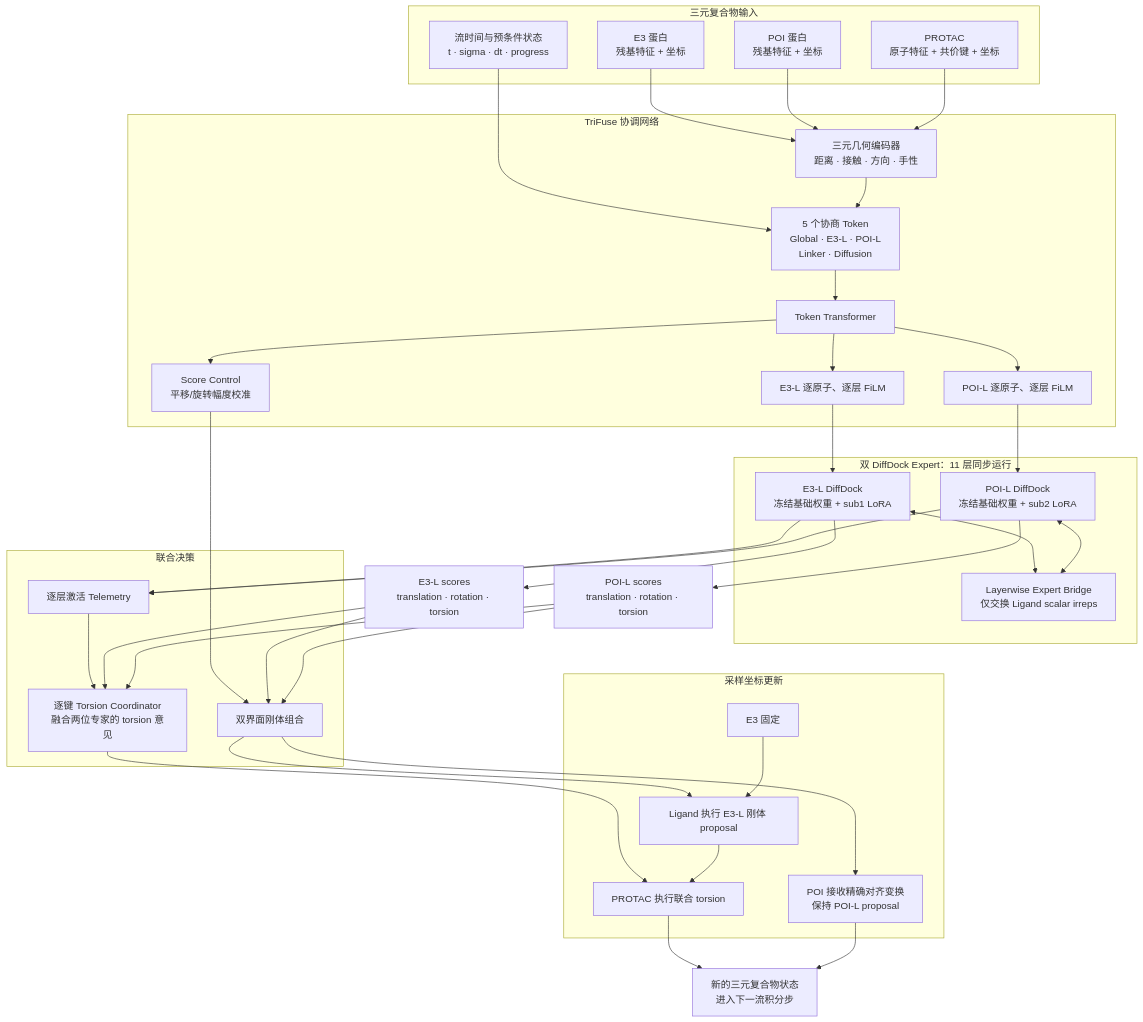
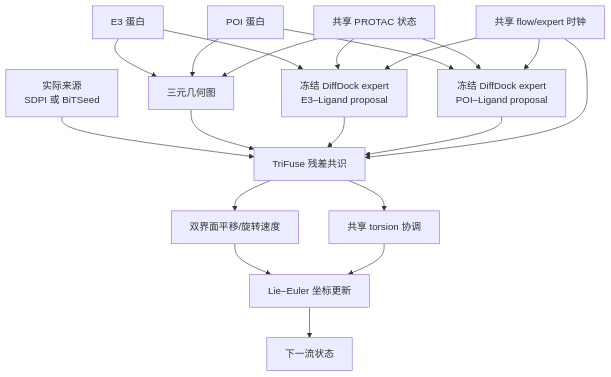
One commit to wwl-ww/CoopDiff changed the diagram in doc/TriCoopDiff 模型架构图.md. Above: the diagram before and after it, drawn with Mermaid. The commit also changed other lines of this file and 19 other files, not shown here.

````diff
--- a/doc/TriCoopDiff 模型架构图.md
+++ b/doc/TriCoopDiff 模型架构图.md
@@ -3,71 +3,24 @@
 ```mermaid
 flowchart TB
-    subgraph INPUT["三元复合物输入"]
-        E3["E3 蛋白<br/>残基特征 + 坐标"]
-        POI["POI 蛋白<br/>残基特征 + 坐标"]
-        LIG["PROTAC<br/>原子特征 + 共价键 + 坐标"]
-        TIME["流时间与预条件状态<br/>t · sigma · dt · progress"]
-    end
+    E3["E3 蛋白"] --> P1["冻结 DiffDock expert<br/>E3–Ligand proposal"]
+    LIG["共享 PROTAC 状态"] --> P1
+    POI["POI 蛋白"] --> P2["冻结 DiffDock expert<br/>POI–Ligand proposal"]
+    LIG --> P2
+    TIME["共享 flow/expert 时钟"] --> P1
+    TIME --> P2
 
-    subgraph TRIFUSE["TriFuse 协调网络"]
-        GEO["三元几何编码器<br/>距离 · 接触 · 方向 · 手性"]
-        TOKENS["5 个协商 Token<br/>Global · E3-L · POI-L<br/>Linker · Diffusion"]
-        TRANS["Token Transformer"]
-        FILM1["E3-L 逐原子、逐层 FiLM"]
-        FILM2["POI-L 逐原子、逐层 FiLM"]
-        CONTROL["Score Control<br/>平移/旋转幅度校准"]
-    end
+    E3 --> G["三元几何图"]
+    POI --> G
+    LIG --> G
+    SOURCE["实际来源<br/>SDPI 或 BiTSeed"] --> FUSE["TriFuse 残差共识"]
+    G --> FUSE
+    P1 --> FUSE
+    P2 --> FUSE
+    TIME --> FUSE
 
-    E3 --> GEO
-    POI --> GEO
-    LIG --> GEO
-    TIME --> TOKENS
-    GEO --> TOKENS --> TRANS
-    TRANS --> FILM1
-    TRANS --> FILM2
-    TRANS --> CONTROL
-
-    subgraph EXPERTS["双 DiffDock Expert：11 层同步运行"]
-        SUB1["E3-L DiffDock<br/>冻结基础权重 + sub1 LoRA"]
-        BRIDGE["Layerwise Expert Bridge<br/>仅交换 Ligand scalar irreps"]
-        SUB2["POI-L DiffDock<br/>冻结基础权重 + sub2 LoRA"]
-    end
-
-    FILM1 --> SUB1
-    FILM2 --> SUB2
-    SUB1 <--> BRIDGE
-    SUB2 <--> BRIDGE
-
-    SUB1 --> E3S["E3-L scores<br/>translation · rotation · torsion"]
-    SUB2 --> POIS["POI-L scores<br/>translation · rotation · torsion"]
-
-    subgraph COORD["联合决策"]
-        TELE["逐层激活 Telemetry"]
-        TOR["逐键 Torsion Coordinator<br/>融合两位专家的 torsion 意见"]
-        RIGID["双界面刚体组合"]
-    end
-
-    SUB1 --> TELE
-    SUB2 --> TELE
-    TELE --> TOR
-    E3S --> TOR
-    POIS --> TOR
-    CONTROL --> RIGID
-    E3S --> RIGID
-    POIS --> RIGID
-
-    subgraph UPDATE["采样坐标更新"]
-        E3FIX["E3 固定"]
-        LUPDATE["Ligand 执行 E3-L 刚体 proposal"]
-        PUPDATE["POI 接收精确对齐变换<br/>保持 POI-L proposal"]
-        TUPDATE["PROTAC 执行联合 torsion"]
-    end
-
-    RIGID --> LUPDATE
-    RIGID --> PUPDATE
-    TOR --> TUPDATE
-    E3FIX --> LUPDATE
-    LUPDATE --> TUPDATE
-    TUPDATE --> OUTPUT["新的三元复合物状态<br/>进入下一流积分步"]
-    PUPDATE --> OUTPUT
+    FUSE --> RIGID["双界面平移/旋转速度"]
+    FUSE --> TOR["共享 torsion 协调"]
+    RIGID --> UPDATE["Lie–Euler 坐标更新"]
+    TOR --> UPDATE
+    UPDATE --> NEXT["下一流状态"]
 ```
````
